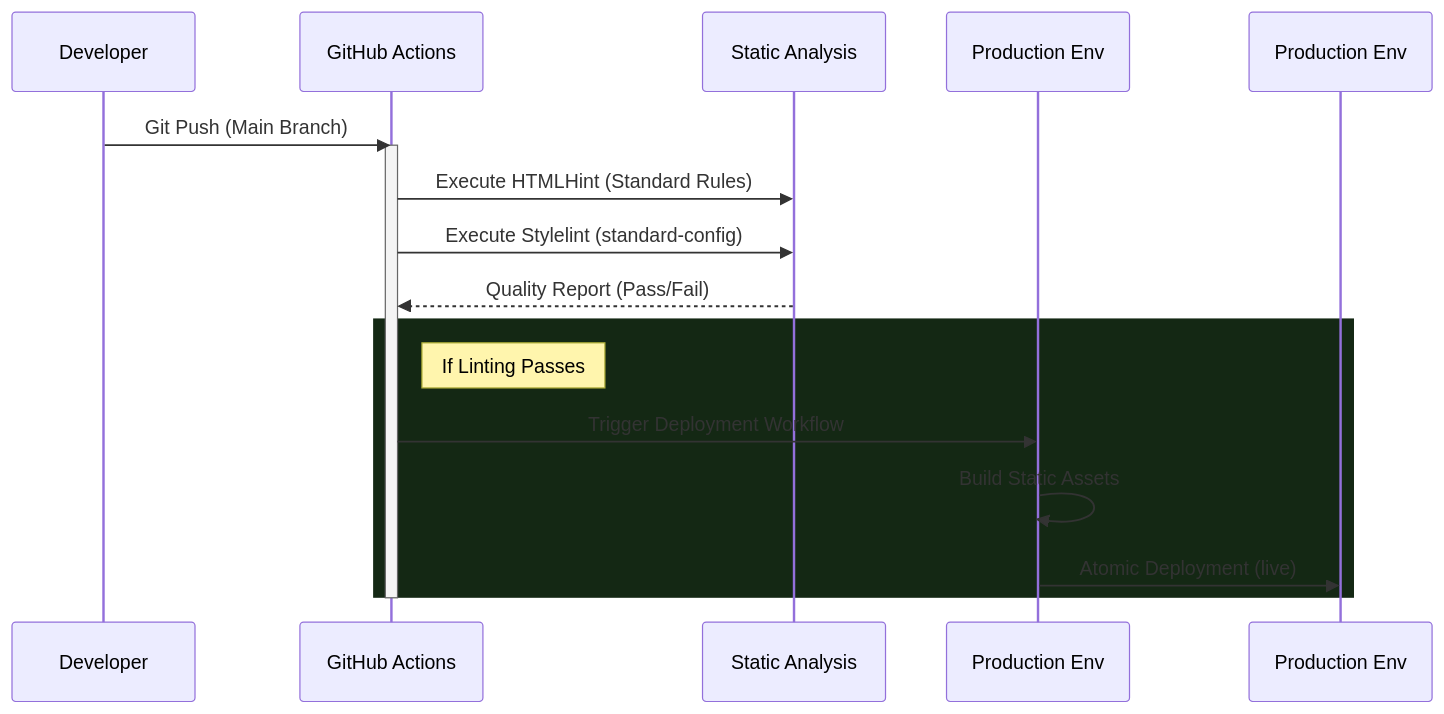
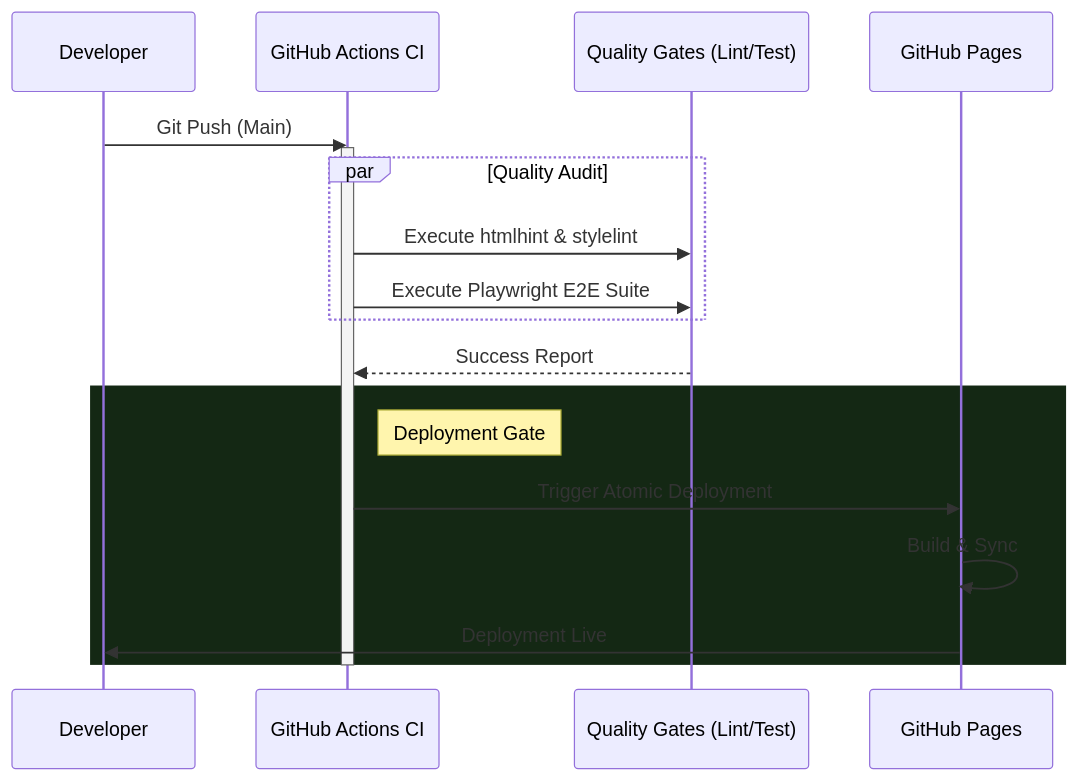
One commit to Khanz9664/portfolio changed the second of 2 diagrams in README.md. Above: the diagram before and after it, drawn with Mermaid. The commit also changed other lines of this file and 5 other files, not shown here.

````diff
--- a/README.md
+++ b/README.md
@@ -75,21 +85,25 @@
 ```mermaid
 sequenceDiagram
-    participant Developer
-    participant GitHub as GitHub Actions
-    participant Linter as Static Analysis
-    participant Deployment as Production Env
+    participant Dev as Developer
+    participant GHA as GitHub Actions CI
+    participant QG as Quality Gates (Lint/Test)
+    participant Prod as GitHub Pages
 
-    Developer->>GitHub: Git Push (Main Branch)
-    activate GitHub
-    GitHub->>Linter: Execute HTMLHint (Standard Rules)
-    GitHub->>Linter: Execute Stylelint (standard-config)
-    Linter-->>GitHub: Quality Report (Pass/Fail)
+    Dev->>GHA: Git Push (Main)
+    activate GHA
+    
+    par Quality Audit
+        GHA->>QG: Execute htmlhint & stylelint
+        GHA->>QG: Execute Playwright E2E Suite
+    end
+    
+    QG-->>GHA: Success Report
     
     rect rgb(20, 40, 20)
-    Note right of GitHub: If Linting Passes
-    GitHub->>Deployment: Trigger Deployment Workflow
-    Deployment->>Deployment: Build Static Assets
-    Deployment->>Production Env: Atomic Deployment (live)
+    Note right of GHA: Deployment Gate
+    GHA->>Prod: Trigger Atomic Deployment
+    Prod->>Prod: Build & Sync
+    Prod->>Dev: Deployment Live
     end
-    deactivate GitHub
+    deactivate GHA
 ```
````
